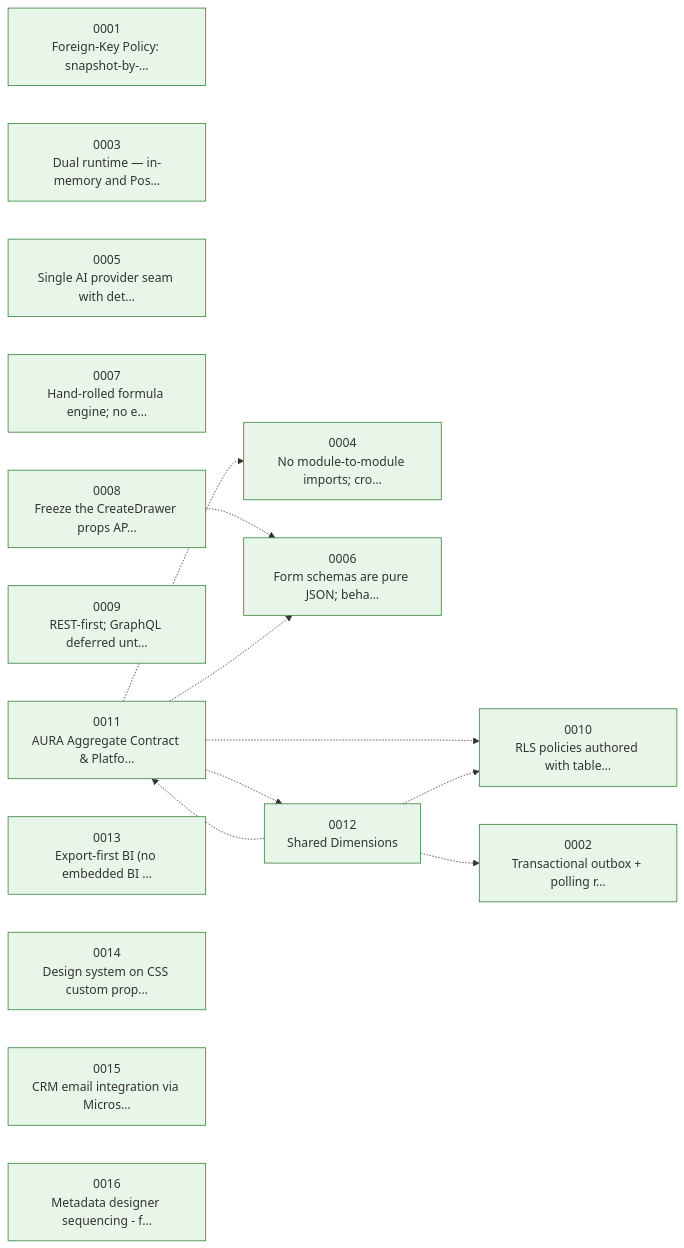
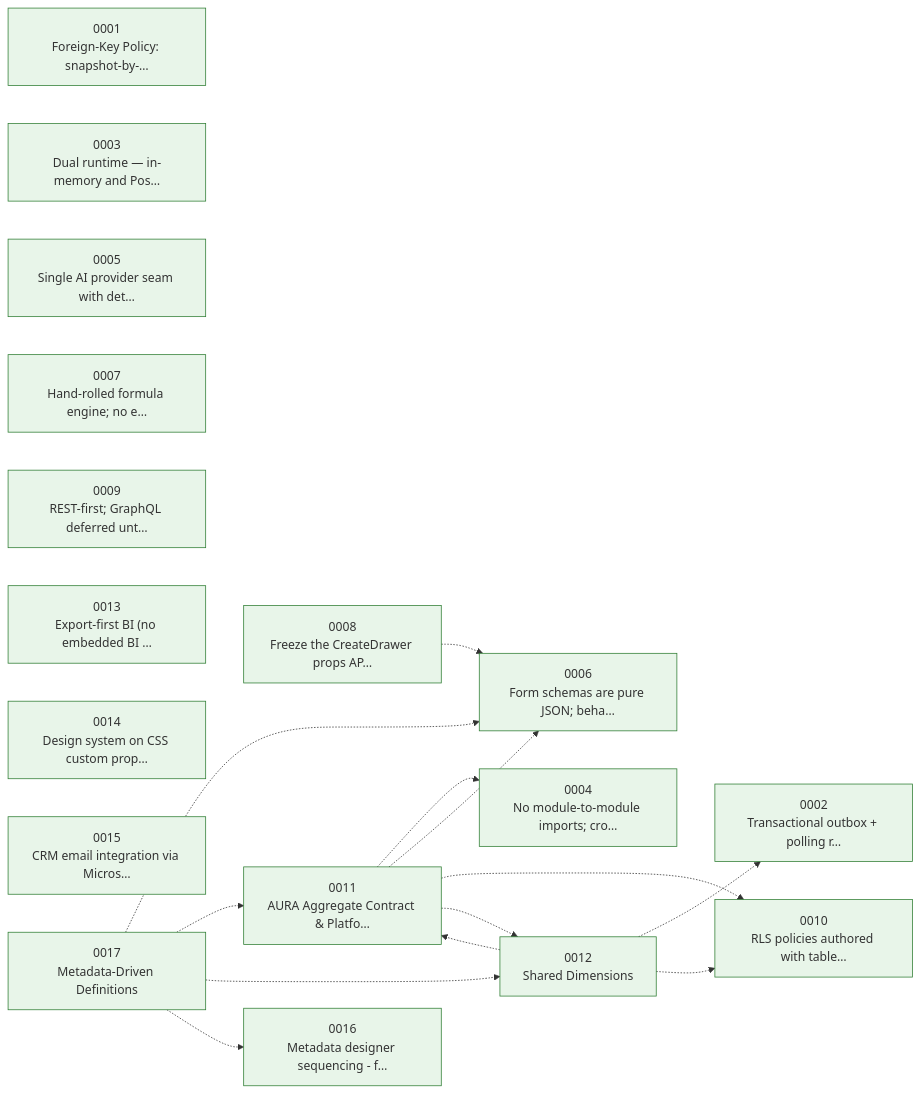
Before and after one commit to ramamosbah-netizen/Aura-os: the diagram in docs/adr/GRAPH.md, drawn with Mermaid. The commit also changed 1 other file, not shown here.

Commit message:
chore(adr): register ADR-0017 in the generated registry (README + GRAPH)
Merged main's ADR tooling; regenerated the registry so ADR-0017 (Metadata-Driven
Definitions) is included, fixing the 'ADR registry integrity' CI check. adr:check
passes (17 ADRs consistent).

````diff
--- a/docs/adr/GRAPH.md
+++ b/docs/adr/GRAPH.md
@@ -5,29 +5,34 @@
 ```mermaid
 graph LR
   0001["0001<br/>Foreign-Key Policy: snapshot-by-…"]
   0002["0002<br/>Transactional outbox + polling r…"]
   0003["0003<br/>Dual runtime — in-memory and Pos…"]
   0004["0004<br/>No module-to-module imports; cro…"]
   0005["0005<br/>Single AI provider seam with det…"]
   0006["0006<br/>Form schemas are pure JSON; beha…"]
   0007["0007<br/>Hand-rolled formula engine; no e…"]
   0008["0008<br/>Freeze the CreateDrawer props AP…"]
   0009["0009<br/>REST-first; GraphQL deferred unt…"]
   0010["0010<br/>RLS policies authored with table…"]
   0011["0011<br/>AURA Aggregate Contract & Platfo…"]
   0012["0012<br/>Shared Dimensions"]
   0013["0013<br/>Export-first BI (no embedded BI …"]
   0014["0014<br/>Design system on CSS custom prop…"]
   0015["0015<br/>CRM email integration via Micros…"]
   0016["0016<br/>Metadata designer sequencing - f…"]
+  0017["0017<br/>Metadata-Driven Definitions"]
   0008 -.-> 0006
   0011 -.-> 0004
   0011 -.-> 0006
   0011 -.-> 0010
   0011 -.-> 0012
   0012 -.-> 0011
   0012 -.-> 0002
   0012 -.-> 0010
+  0017 -.-> 0006
+  0017 -.-> 0011
+  0017 -.-> 0012
+  0017 -.-> 0016
   classDef accepted fill:#e8f5e9,stroke:#2e7d32;
-  class 0001,0002,0003,0004,0005,0006,0007,0008,0009,0010,0011,0012,0013,0014,0015,0016 accepted;
+  class 0001,0002,0003,0004,0005,0006,0007,0008,0009,0010,0011,0012,0013,0014,0015,0016,0017 accepted;
 ```
````
